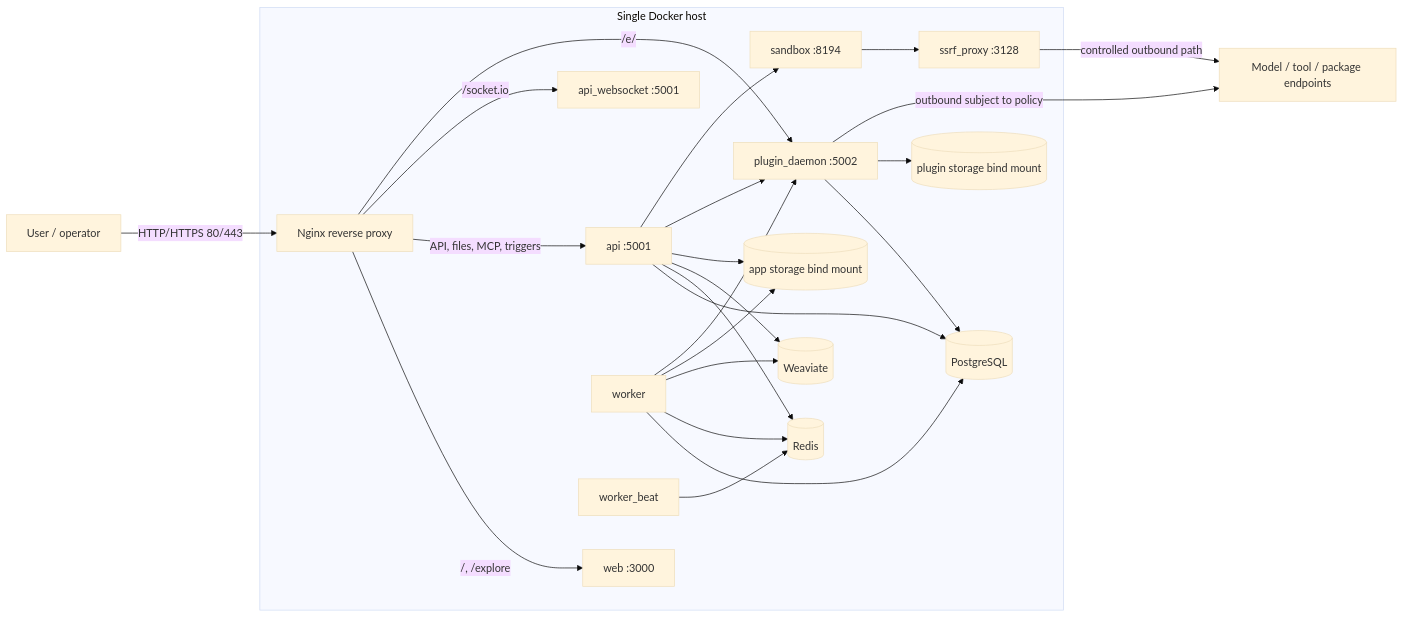
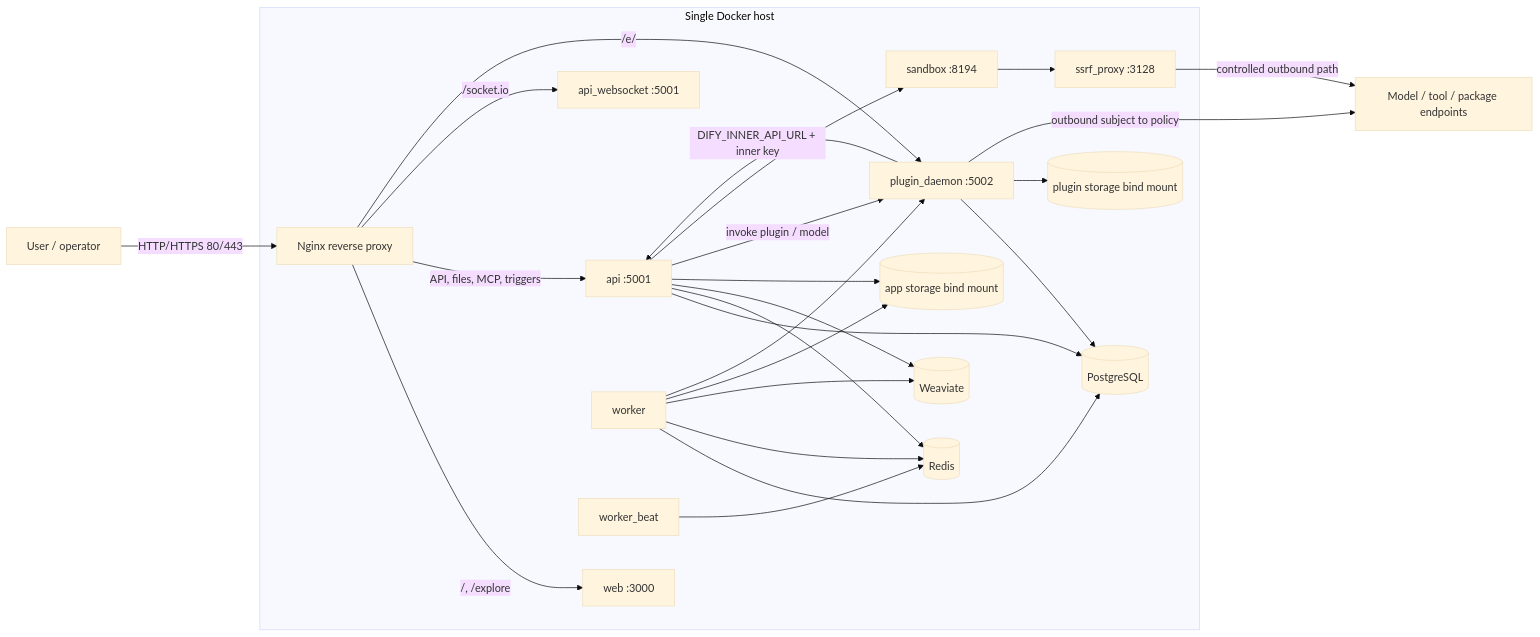
The diagram in docs/dify-technical-guide/part-2-deployment-playbook/11-docker-compose.md (ghubprojects/dify-research), drawn with Mermaid (base theme) before and after one commit. The commit also changed other lines of this file and 33 other files, not shown here.

````diff
--- a/docs/dify-technical-guide/part-2-deployment-playbook/11-docker-compose.md
+++ b/docs/dify-technical-guide/part-2-deployment-playbook/11-docker-compose.md
@@ -105,46 +105,47 @@
 ```mermaid
 flowchart LR
     User["User / operator"] -->|"HTTP/HTTPS 80/443"| Nginx
 
     subgraph Host["Single Docker host"]
         Nginx["Nginx reverse proxy"]
         Web["web :3000"]
         API["api :5001"]
         WS["api_websocket :5001"]
         Worker["worker"]
         Beat["worker_beat"]
         Plugin["plugin_daemon :5002"]
         Sandbox["sandbox :8194"]
         SSRF["ssrf_proxy :3128"]
         DB[("PostgreSQL")]
         Redis[("Redis")]
         Vector[("Weaviate")]
         AppStorage[("app storage bind mount")]
         PluginStorage[("plugin storage bind mount")]
 
         Nginx -->|"/, /explore"| Web
         Nginx -->|"API, files, MCP, triggers"| API
         Nginx -->|"/socket.io"| WS
         Nginx -->|"/e/"| Plugin
 
         API --> DB
         API --> Redis
         API --> Vector
         API --> AppStorage
-        API --> Plugin
+        API -->|"invoke plugin / model"| Plugin
+        Plugin -->|"DIFY_INNER_API_URL + inner key"| API
         API --> Sandbox
 
         Worker --> DB
         Worker --> Redis
         Worker --> Vector
         Worker --> AppStorage
         Worker --> Plugin
         Beat --> Redis
         Plugin --> DB
         Plugin --> PluginStorage
         Sandbox --> SSRF
     end
 
     SSRF -->|"controlled outbound path"| External["Model / tool / package endpoints"]
     Plugin -->|"outbound subject to policy"| External
 ```
````
